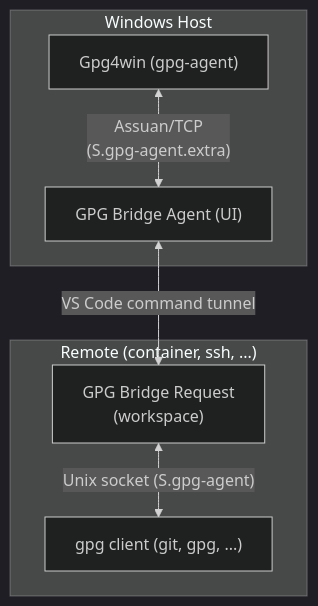
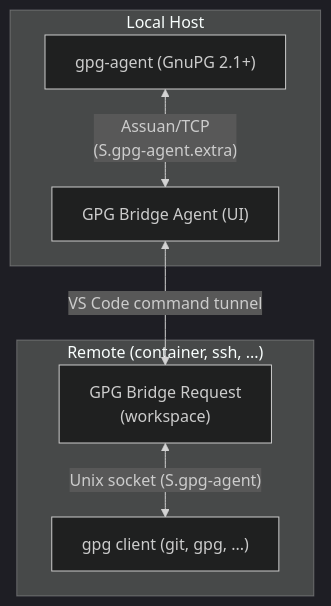
The diagram in assets/how-it-works.mmd (diablodale/gpg-bridge), drawn with Mermaid (dark theme) before and after one commit. The commit also changed 7 other files, not shown here.

```diff
--- a/assets/how-it-works.mmd
+++ b/assets/how-it-works.mmd
@@ -1,12 +1,12 @@
 flowchart TB
-    subgraph win["Windows Host"]
-        gpg4win["Gpg4win (gpg-agent)"]
+    subgraph local["Local Host"]
+        gpgagent["gpg-agent (GnuPG 2.1+)"]
         agent["GPG Bridge Agent (UI)"]
-        gpg4win <-->|"Assuan/TCP<br/>(S.gpg-agent.extra)"| agent
+        gpgagent <-->|"Assuan/TCP<br/>(S.gpg-agent.extra)"| agent
     end
     subgraph remote["Remote (container, ssh, ...)"]
         request["GPG Bridge Request<br/>(workspace)"]
         client["gpg client (git, gpg, ...)"]
         request <-->|"Unix socket (S.gpg-agent)"| client
     end
     agent <-->|"VS Code command tunnel"| request
```
